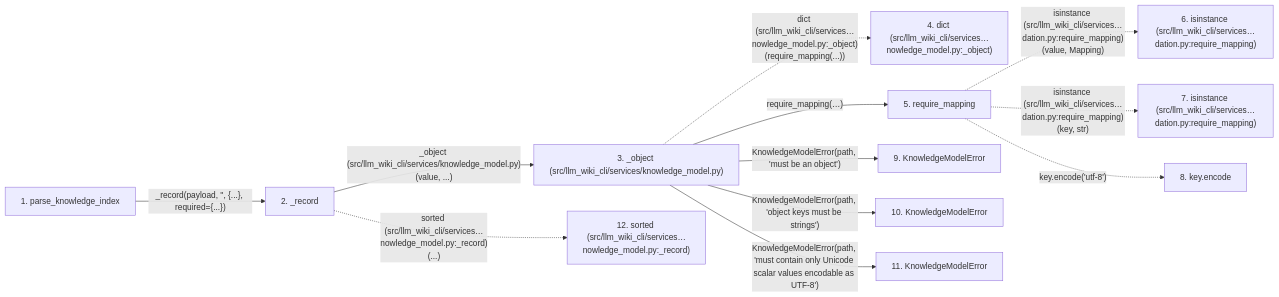
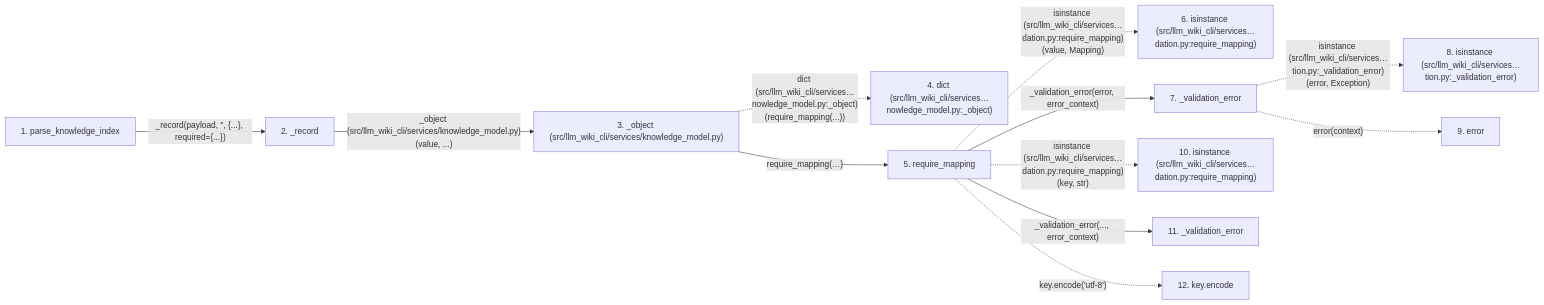
One commit to Denissvgn/python-wiki-llm changed the second of 2 diagrams in docs/llm_wiki/flows/api-parse_knowledge_index.md. Above: the diagram before and after it, drawn with Mermaid. The commit also changed other lines of this file and 627 other files, not shown here.

````diff
--- a/docs/llm_wiki/flows/api-parse_knowledge_index.md
+++ b/docs/llm_wiki/flows/api-parse_knowledge_index.md
@@ -152,33 +152,32 @@
 ```mermaid
 flowchart LR
     s1["1. parse_knowledge_index"]
     s2["2. _record"]
     s3["3. _object (src/llm_wiki_cli/services/knowledge_model.py)"]
     s4["4. dict (src/llm_wiki_cli/services…nowledge_model.py:_object)"]
     s5["5. require_mapping"]
     s6["6. isinstance (src/llm_wiki_cli/services…dation.py:require_mapping)"]
-    s7["7. isinstance (src/llm_wiki_cli/services…dation.py:require_mapping)"]
-    s8["8. key.encode"]
-    s9["9. KnowledgeModelError"]
-    s10["10. KnowledgeModelError"]
-    s11["11. KnowledgeModelError"]
-    s12["12. sorted (src/llm_wiki_cli/services…nowledge_model.py:_record)"]
+    s7["7. _validation_error"]
+    s8["8. isinstance (src/llm_wiki_cli/services…tion.py:_validation_error)"]
+    s9["9. error"]
+    s10["10. isinstance (src/llm_wiki_cli/services…dation.py:require_mapping)"]
+    s11["11. _validation_error"]
+    s12["12. key.encode"]
     s1 -->|"_record(payload, '', {...}, required={...})"| s2
     s2 -->|"_object (src/llm_wiki_cli/services/knowledge_model.py)(value, ...)"| s3
     s3 -. "dict (src/llm_wiki_cli/services…nowledge_model.py:_object)(require_mapping(...))" .-> s4
     s3 -->|"require_mapping(…)"| s5
     s5 -. "isinstance (src/llm_wiki_cli/services…dation.py:require_mapping)(value, Mapping)" .-> s6
-    s5 -. "isinstance (src/llm_wiki_cli/services…dation.py:require_mapping)(key, str)" .-> s7
-    s5 -. "key.encode('utf-8')" .-> s8
-    s3 -->|"KnowledgeModelError(path, 'must be an object')"| s9
-    s3 -->|"KnowledgeModelError(path, 'object keys must be strings')"| s10
-    s3 -->|"KnowledgeModelError(path, 'must contain only Unicode scalar values encodable as UTF-8')"| s11
-    s2 -. "sorted (src/llm_wiki_cli/services…nowledge_model.py:_record)(...)" .-> s12
+    s5 -->|"_validation_error(error, error_context)"| s7
+    s7 -. "isinstance (src/llm_wiki_cli/services…tion.py:_validation_error)(error, Exception)" .-> s8
+    s7 -. "error(context)" .-> s9
+    s5 -. "isinstance (src/llm_wiki_cli/services…dation.py:require_mapping)(key, str)" .-> s10
+    s5 -->|"_validation_error(..., error_context)"| s11
+    s5 -. "key.encode('utf-8')" .-> s12
     click s1 "../modules/knowledge_model.md"
     click s2 "../modules/knowledge_model.md"
     click s3 "../modules/knowledge_model.md"
     click s5 "../modules/validation.md"
-    click s9 "../modules/knowledge_model.md"
-    click s10 "../modules/knowledge_model.md"
-    click s11 "../modules/knowledge_model.md"
+    click s7 "../modules/validation.md"
+    click s11 "../modules/validation.md"
 ```
````
